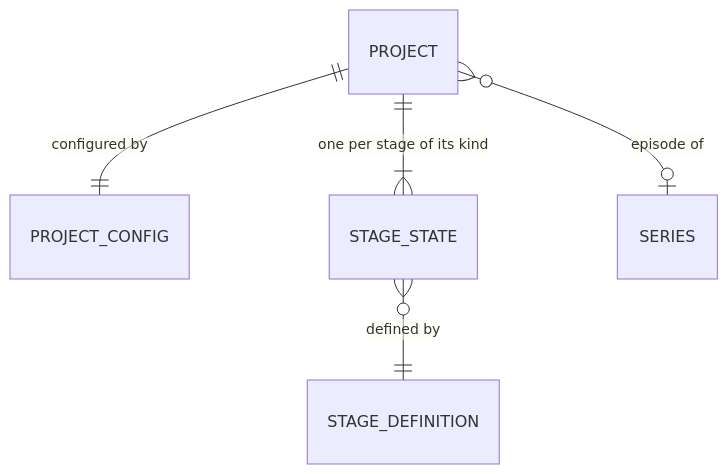
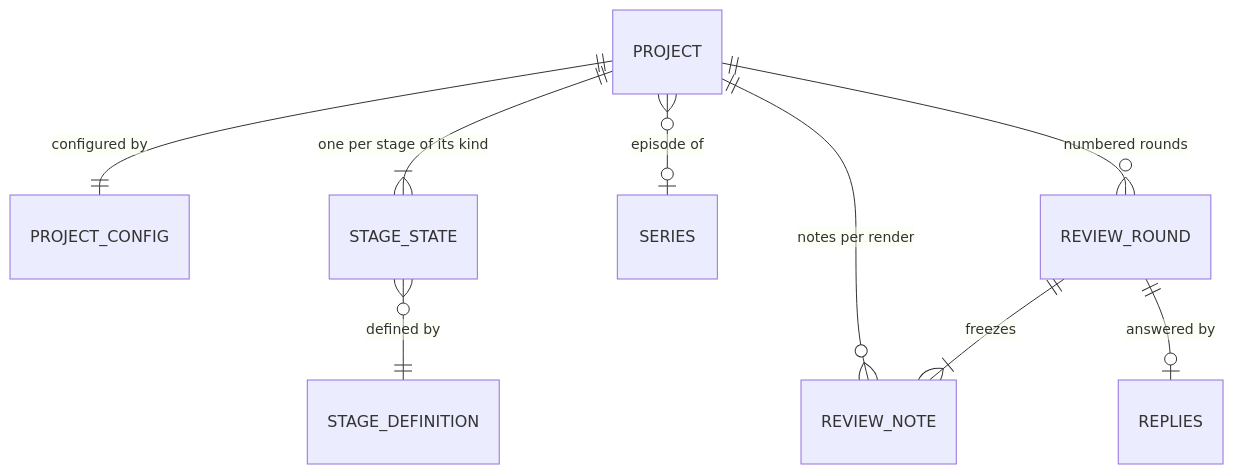
The third of 3 diagrams in docs/architecture/data-model.md (hemi1986/coreslopper), drawn with Mermaid before and after one commit. The commit also changed other lines of this file and 11 other files, not shown here.

````diff
--- a/docs/architecture/data-model.md
+++ b/docs/architecture/data-model.md
@@ -89,7 +123,11 @@
 ```mermaid
 erDiagram
   PROJECT ||--|| PROJECT_CONFIG : "configured by"
   PROJECT ||--|{ STAGE_STATE : "one per stage of its kind"
   STAGE_STATE }o--|| STAGE_DEFINITION : "defined by"
   PROJECT }o--o| SERIES : "episode of"
+  PROJECT ||--o{ REVIEW_NOTE : "notes per render"
+  PROJECT ||--o{ REVIEW_ROUND : "numbered rounds"
+  REVIEW_ROUND ||--|{ REVIEW_NOTE : "freezes"
+  REVIEW_ROUND ||--o| REPLIES : "answered by"
 ```
````
